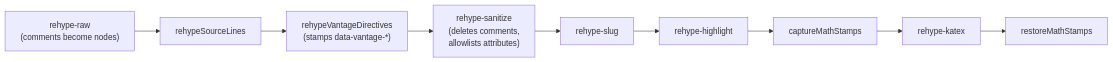
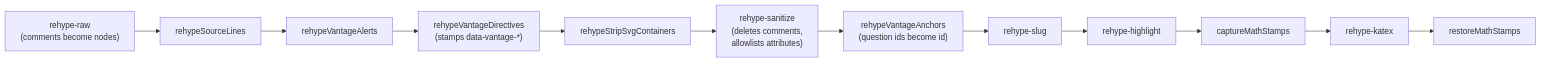
The diagram in docs/reference/inline-markup.md (mschulkind-oss/vantage), drawn with Mermaid before and after one commit. The commit also changed other lines of this file and 80 other files, not shown here.

````diff
--- a/docs/reference/inline-markup.md
+++ b/docs/reference/inline-markup.md
@@ -249,8 +252,10 @@
 ```mermaid
 flowchart LR
   raw["rehype-raw<br/>(comments become nodes)"] --> sl["rehypeSourceLines"]
-  sl --> dir["rehypeVantageDirectives<br/>(stamps data-vantage-*)"]
-  dir --> san["rehype-sanitize<br/>(deletes comments,<br/>allowlists attributes)"]
-  san --> slug["rehype-slug"] --> hl["rehype-highlight"]
+  sl --> al["rehypeVantageAlerts"] --> dir["rehypeVantageDirectives<br/>(stamps data-vantage-*)"]
+  dir --> svg["rehypeStripSvgContainers"]
+  svg --> san["rehype-sanitize<br/>(deletes comments,<br/>allowlists attributes)"]
+  san --> anc["rehypeVantageAnchors<br/>(question ids become id)"]
+  anc --> slug["rehype-slug"] --> hl["rehype-highlight"]
   hl --> cap["captureMathStamps"] --> katex["rehype-katex"] --> res["restoreMathStamps"]
 ```
````
